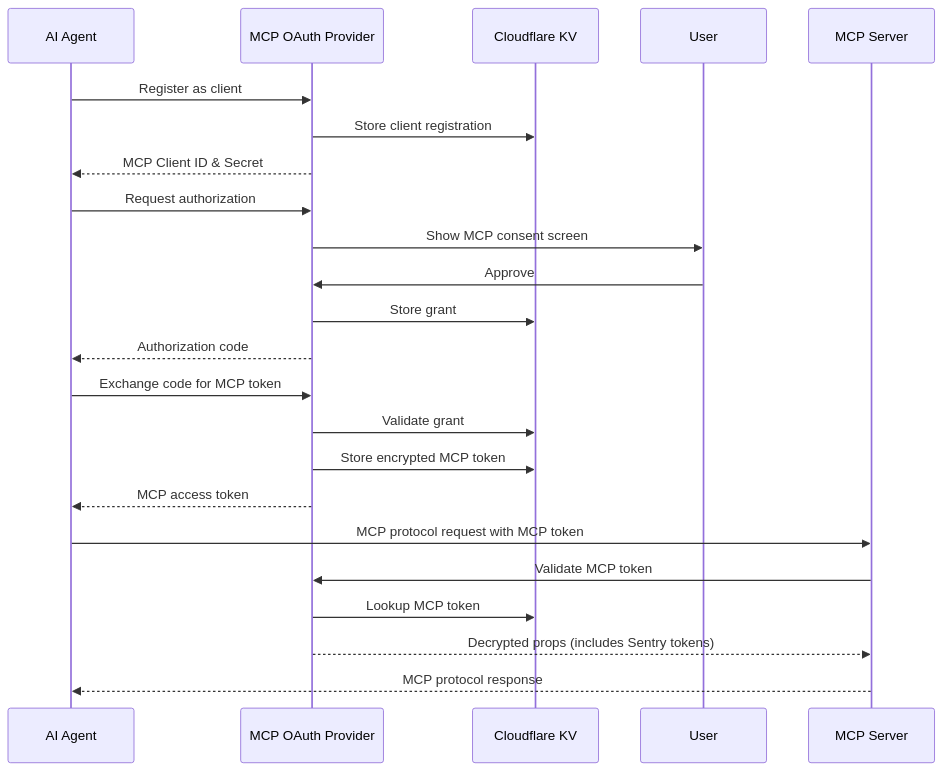
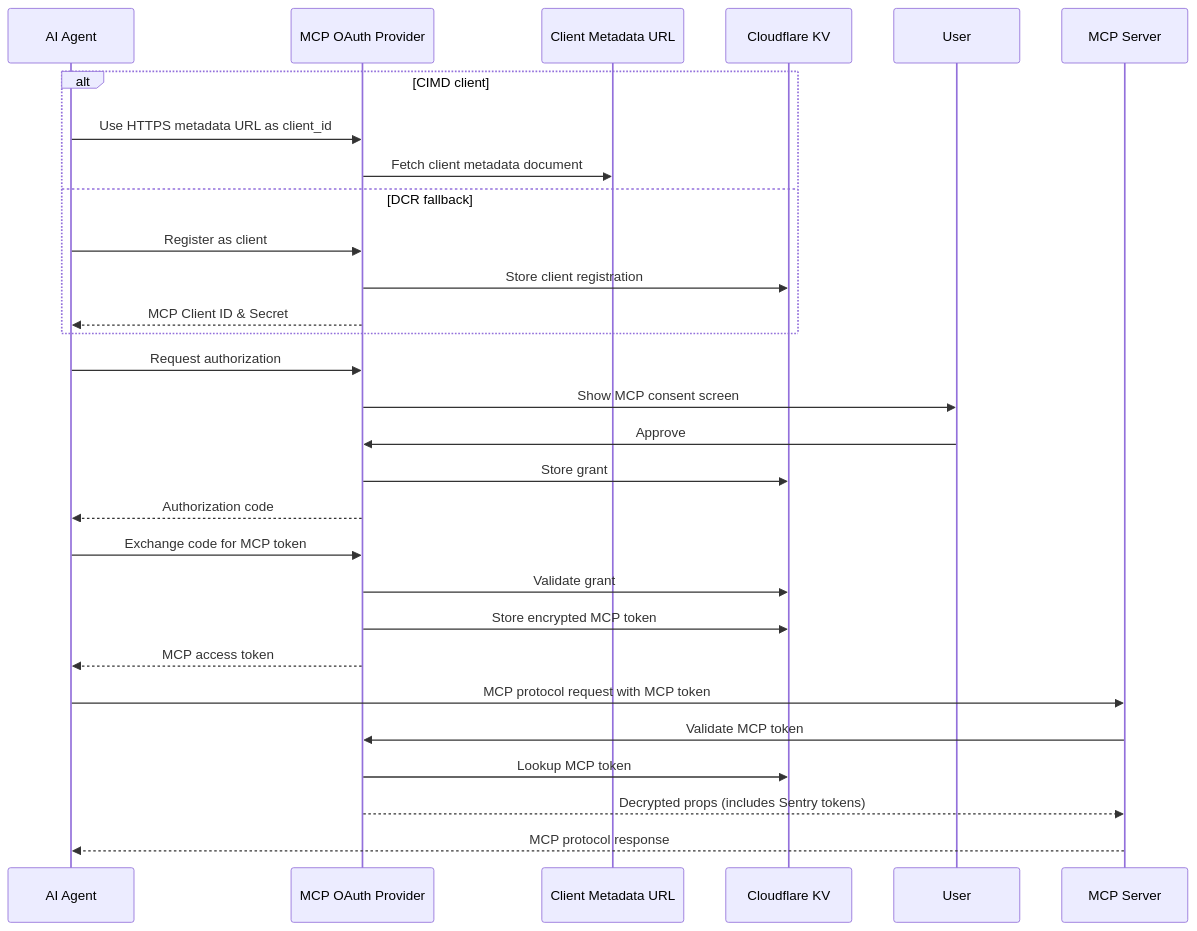
Before and after one commit to getsentry/sentry-mcp: the second of 2 diagrams in docs/cloudflare/oauth-architecture.md, drawn with Mermaid. The commit also changed other lines of this file and 33 other files, not shown here.

````diff
--- a/docs/cloudflare/oauth-architecture.md
+++ b/docs/cloudflare/oauth-architecture.md
@@ -123,29 +124,35 @@
 ```mermaid
 sequenceDiagram
     participant Agent as AI Agent
     participant MCPOAuth as MCP OAuth Provider
+    participant ClientMeta as Client Metadata URL
     participant KV as Cloudflare KV
     participant User as User
     participant MCP as MCP Server
 
-    Agent->>MCPOAuth: Register as client
-    MCPOAuth->>KV: Store client registration
-    MCPOAuth-->>Agent: MCP Client ID & Secret
+    alt CIMD client
+        Agent->>MCPOAuth: Use HTTPS metadata URL as client_id
+        MCPOAuth->>ClientMeta: Fetch client metadata document
+    else DCR fallback
+        Agent->>MCPOAuth: Register as client
+        MCPOAuth->>KV: Store client registration
+        MCPOAuth-->>Agent: MCP Client ID & Secret
+    end
 
     Agent->>MCPOAuth: Request authorization
     MCPOAuth->>User: Show MCP consent screen
     User->>MCPOAuth: Approve
     MCPOAuth->>KV: Store grant
     MCPOAuth-->>Agent: Authorization code
 
     Agent->>MCPOAuth: Exchange code for MCP token
     MCPOAuth->>KV: Validate grant
     MCPOAuth->>KV: Store encrypted MCP token
     MCPOAuth-->>Agent: MCP access token
 
     Agent->>MCP: MCP protocol request with MCP token
     MCP->>MCPOAuth: Validate MCP token
     MCPOAuth->>KV: Lookup MCP token
     MCPOAuth-->>MCP: Decrypted props (includes Sentry tokens)
     MCP-->>Agent: MCP protocol response
 ```
````
